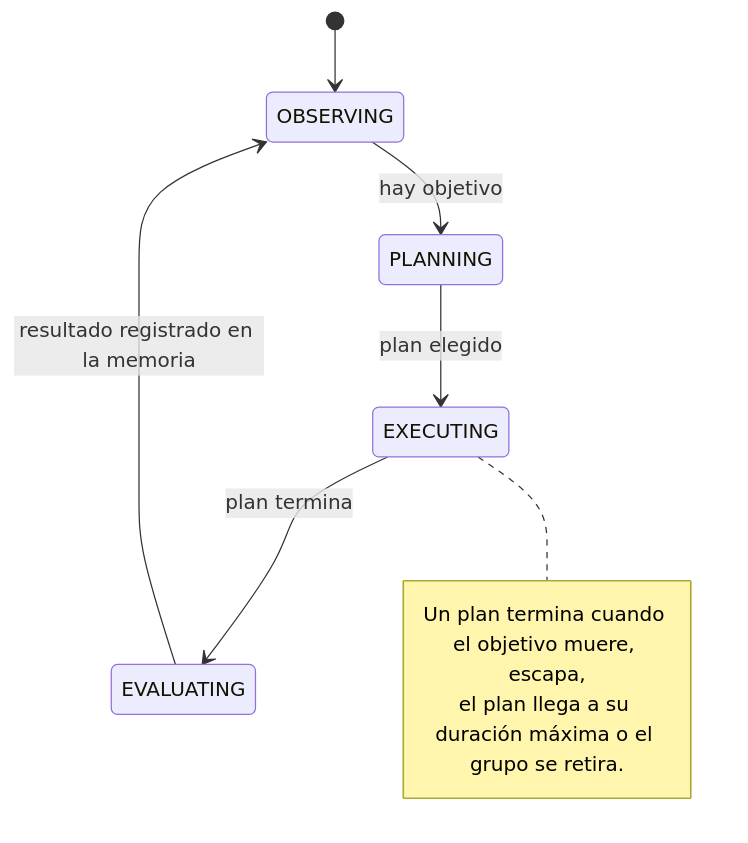
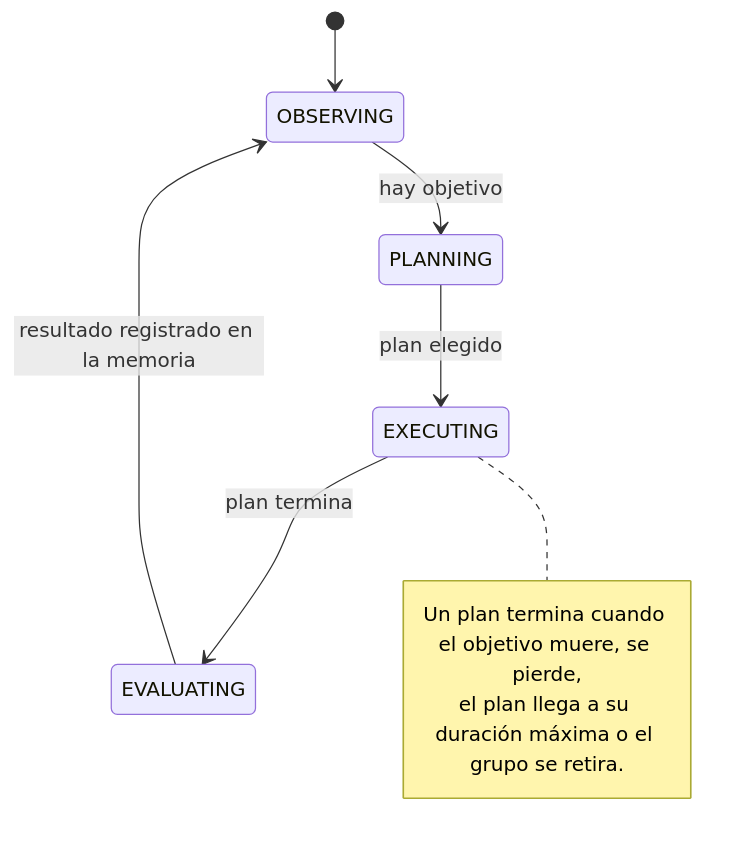
One commit to Nicodoou/mob-ai-plugin changed the third of 4 diagrams in docs/diagramas.md. Above: the diagram before and after it, drawn with Mermaid. The commit also changed 4 other files, not shown here.

````diff
--- a/docs/diagramas.md
+++ b/docs/diagramas.md
@@ -45,12 +45,12 @@
 ```mermaid
 stateDiagram-v2
     [*] --> OBSERVING
     OBSERVING --> PLANNING: hay objetivo
     PLANNING --> EXECUTING: plan elegido
     EXECUTING --> EVALUATING: plan termina
     EVALUATING --> OBSERVING: resultado registrado en la memoria
     note right of EXECUTING
-        Un plan termina cuando el objetivo muere, escapa,
+        Un plan termina cuando el objetivo muere, se pierde,
         el plan llega a su duración máxima o el grupo se retira.
     end note
 ```
````
